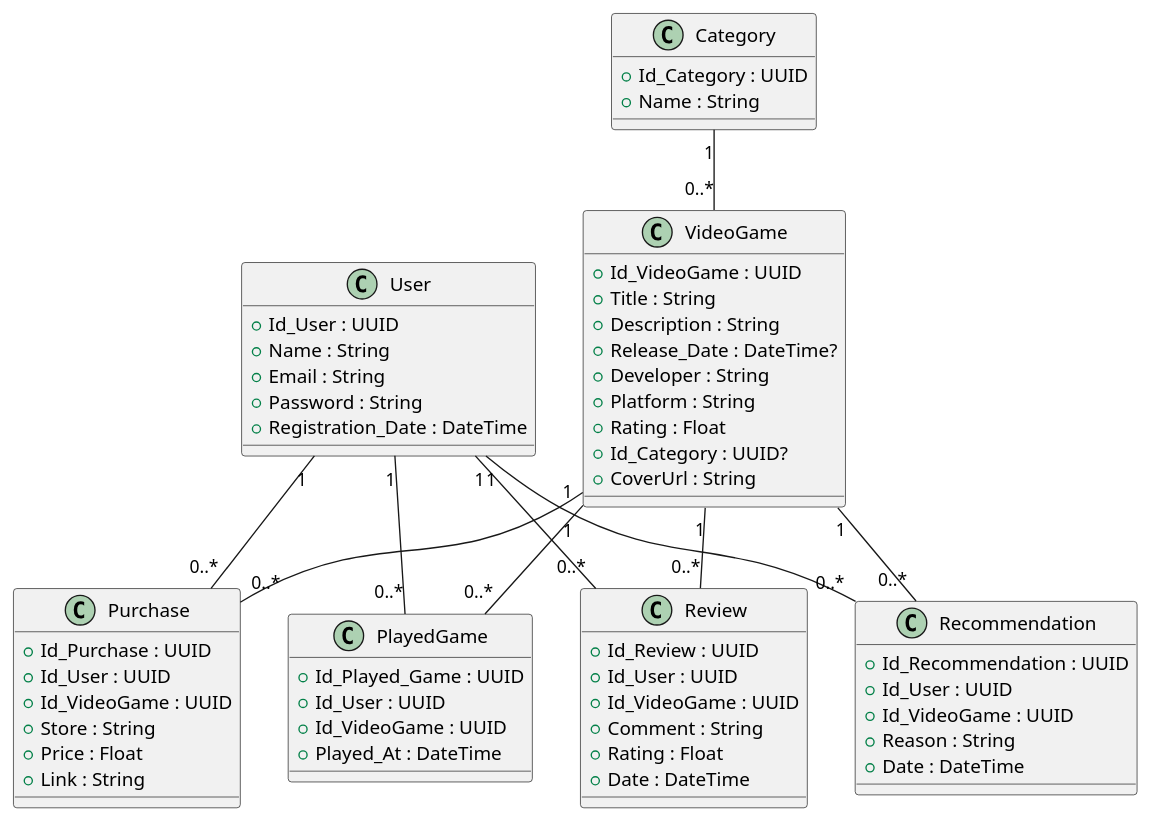
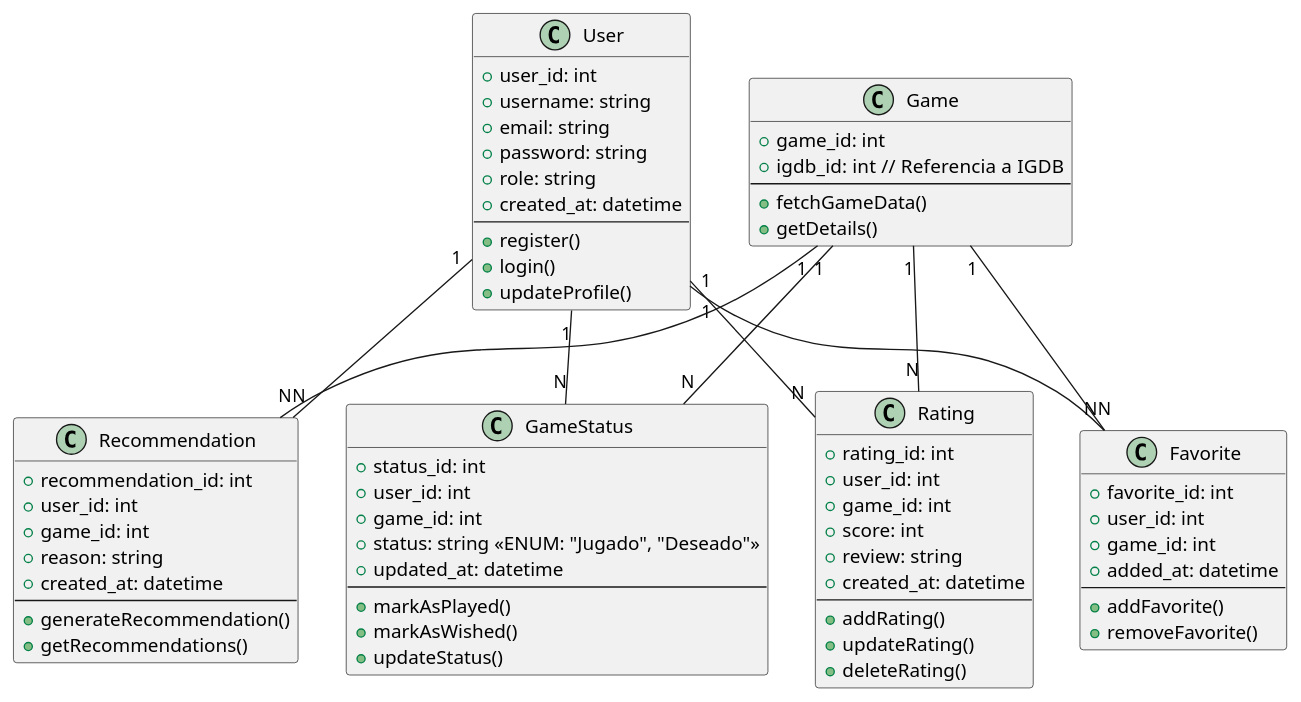
The diagram in BBDD/UML.puml (Ivannunezrodriguez/Proyecto_Unir), drawn with PlantUML before and after one commit. The commit also changed 116 other files, not shown here.

```diff
--- a/BBDD/UML.puml
+++ b/BBDD/UML.puml
@@ -1,69 +1,78 @@
 @startuml
 class User {
-  +Id_User : UUID
-  +Name : String
-  +Email : String
-  +Password : String
-  +Registration_Date : DateTime
+  + user_id: int
+  + username: string
+  + email: string
+  + password: string
+  + role: string
+  + created_at: datetime
+  --
+  + register()
+  + login()
+  + updateProfile()
 }
 
-class VideoGame {
-  +Id_VideoGame : UUID
-  +Title : String
-  +Description : String
-  +Release_Date : DateTime?
-  +Developer : String
-  +Platform : String
-  +Rating : Float
-  +Id_Category : UUID?
-  +CoverUrl : String
+class Game {
+  + game_id: int
+  + igdb_id: int  // Referencia a IGDB
+  --
+  + fetchGameData()
+  + getDetails()
 }
 
-class Category {
-  +Id_Category : UUID
-  +Name : String
+class Rating {
+  + rating_id: int
+  + user_id: int
+  + game_id: int
+  + score: int
+  + review: string
+  + created_at: datetime
+  --
+  + addRating()
+  + updateRating()
+  + deleteRating()
 }
 
-class Review {
-  +Id_Review : UUID
-  +Id_User : UUID
-  +Id_VideoGame : UUID
-  +Comment : String
-  +Rating : Float
-  +Date : DateTime
+class Favorite {
+  + favorite_id: int
+  + user_id: int
+  + game_id: int
+  + added_at: datetime
+  --
+  + addFavorite()
+  + removeFavorite()
 }
 
 class Recommendation {
-  +Id_Recommendation : UUID
-  +Id_User : UUID
-  +Id_VideoGame : UUID
-  +Reason : String
-  +Date : DateTime
+  + recommendation_id: int
+  + user_id: int
+  + game_id: int
+  + reason: string
+  + created_at: datetime
+  --
+  + generateRecommendation()
+  + getRecommendations()
 }
 
-class Purchase {
-  +Id_Purchase : UUID
-  +Id_User : UUID
-  +Id_VideoGame : UUID
-  +Store : String
-  +Price : Float
-  +Link : String
+class GameStatus {
+  + status_id: int
+  + user_id: int
+  + game_id: int
+  + status: string <<ENUM: "Jugado", "Deseado">>
+  + updated_at: datetime
+  --
+  + markAsPlayed()
+  + markAsWished()
+  + updateStatus()
 }
 
-class PlayedGame {
-  +Id_Played_Game : UUID
-  +Id_User : UUID
-  +Id_VideoGame : UUID
-  +Played_At : DateTime
-}
+User "1" -- "N" Rating
+User "1" -- "N" Favorite
+User "1" -- "N" Recommendation
+User "1" -- "N" GameStatus
 
-User "1" -- "0..*" Review
-User "1" -- "0..*" Recommendation
-User "1" -- "0..*" Purchase
-User "1" -- "0..*" PlayedGame
-Category "1" -- "0..*" VideoGame
-VideoGame "1" -- "0..*" Review
-VideoGame "1" -- "0..*" Recommendation
-VideoGame "1" -- "0..*" Purchase
-VideoGame "1" -- "0..*" PlayedGame
+Game "1" -- "N" Rating
+Game "1" -- "N" Favorite
+Game "1" -- "N" Recommendation
+Game "1" -- "N" GameStatus
 @enduml
```
